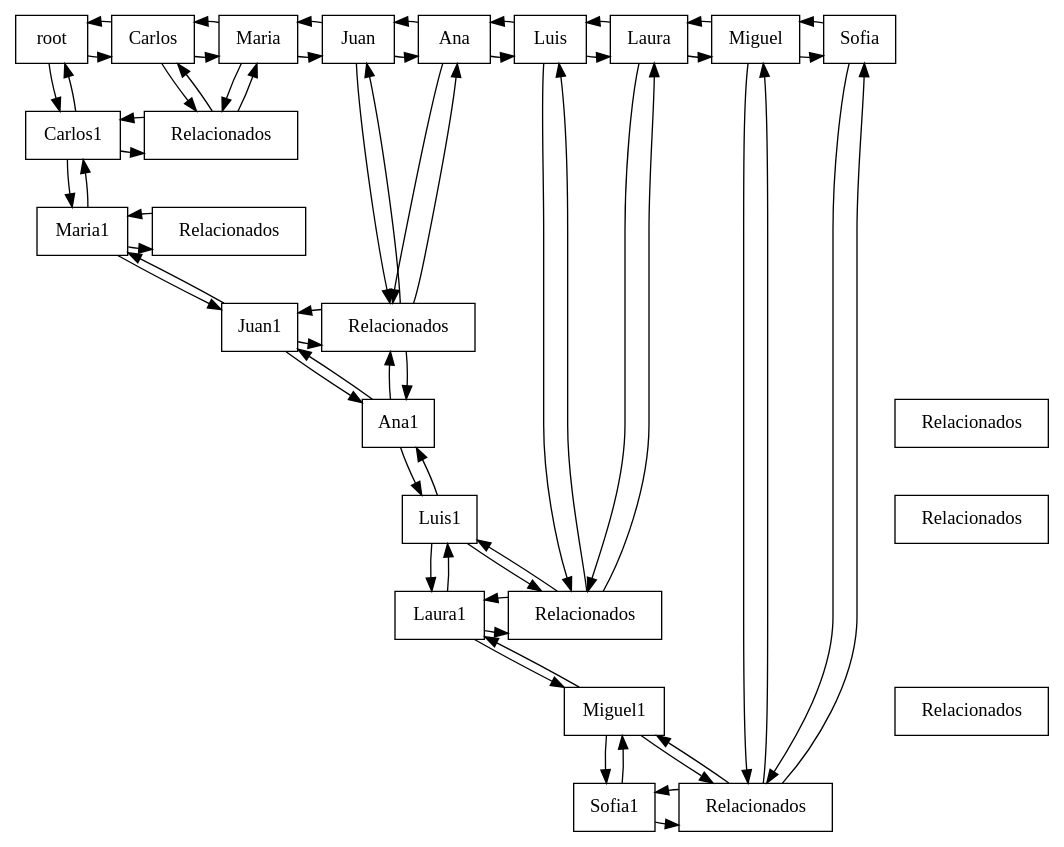
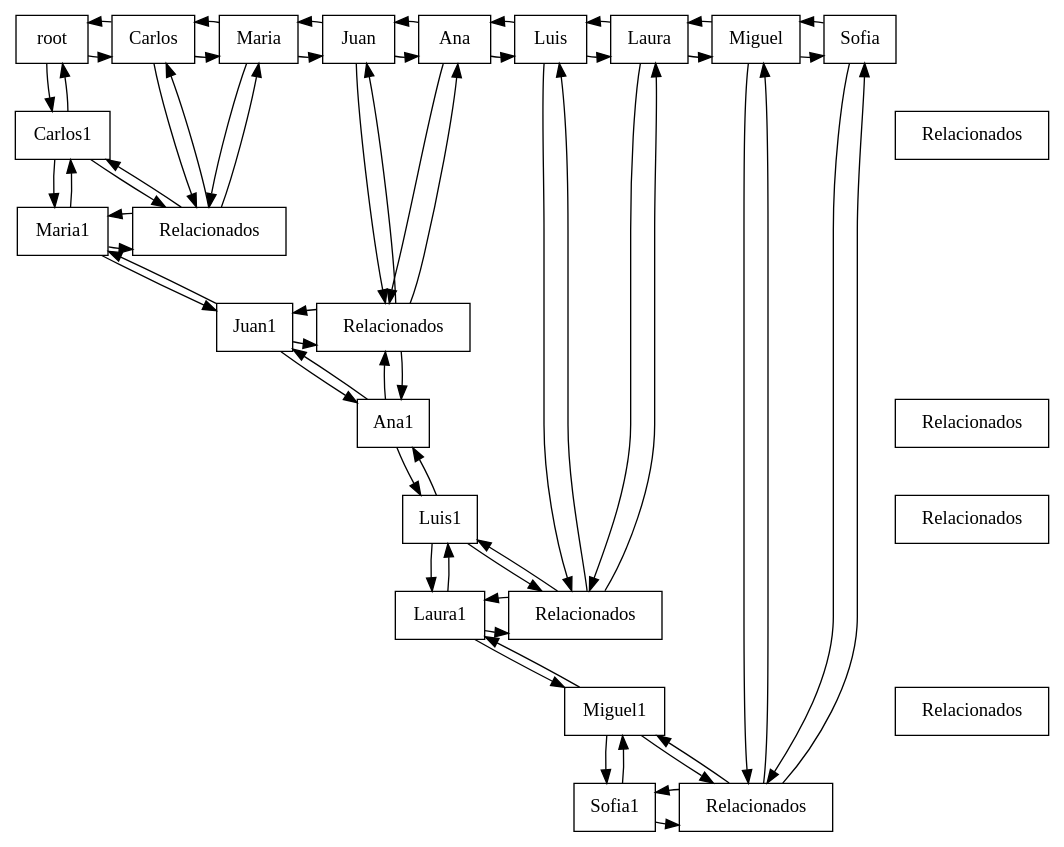
Before and after one commit to TeFxiu/-EDD-Proyecto_202206963: the diagram in Fase 1/cmake-build-debug/Matriz_de_relaciones.dot, drawn with Graphviz. The commit also changed 29 other files, not shown here.

```diff
--- a/Fase 1/cmake-build-debug/Matriz_de_relaciones.dot
+++ b/Fase 1/cmake-build-debug/Matriz_de_relaciones.dot
@@ -1,101 +1,101 @@
 digraph Relaciones{
 node[shape = "box"];
 "Nodoraiz"[label = "root", group ="0"];
 "Nodoraiz"->"NodoCarlos"
 "Nodoraiz"->"NodoCarlos"[dir = back];
 "Nodoraiz"->"NodoCarlos1"
 "Nodoraiz"->"NodoCarlos1"[dir = back];
 "NodoCarlos"[label = "Carlos", group ="0"];
 "NodoCarlos"->"NodoMaria"
 "NodoCarlos"->"NodoMaria"[dir = back];
 "NodoCarlos"->"NodoCarlos1,2,1"
 "NodoCarlos"->"NodoCarlos1,2,1"[dir = back];
 "NodoMaria"[label = "Maria", group ="0"];
 "NodoMaria"->"NodoJuan"
 "NodoMaria"->"NodoJuan"[dir = back];
 "NodoMaria"->"NodoCarlos1,2,1"
 "NodoMaria"->"NodoCarlos1,2,1"[dir = back];
 "NodoJuan"[label = "Juan", group ="0"];
 "NodoJuan"->"NodoAna"
 "NodoJuan"->"NodoAna"[dir = back];
 "NodoJuan"->"NodoJuan3,4,1"
 "NodoJuan"->"NodoJuan3,4,1"[dir = back];
 "NodoAna"[label = "Ana", group ="0"];
 "NodoAna"->"NodoLuis"
 "NodoAna"->"NodoLuis"[dir = back];
 "NodoAna"->"NodoJuan3,4,1"
 "NodoAna"->"NodoJuan3,4,1"[dir = back];
 "NodoLuis"[label = "Luis", group ="0"];
 "NodoLuis"->"NodoLaura"
 "NodoLuis"->"NodoLaura"[dir = back];
 "NodoLuis"->"NodoLuis5,6,1"
 "NodoLuis"->"NodoLuis5,6,1"[dir = back];
 "NodoLaura"[label = "Laura", group ="0"];
 "NodoLaura"->"NodoMiguel"
 "NodoLaura"->"NodoMiguel"[dir = back];
 "NodoLaura"->"NodoLuis5,6,1"
 "NodoLaura"->"NodoLuis5,6,1"[dir = back];
 "NodoMiguel"[label = "Miguel", group ="0"];
 "NodoMiguel"->"NodoSofia"
 "NodoMiguel"->"NodoSofia"[dir = back];
 "NodoMiguel"->"NodoMiguel9,10,1"
 "NodoMiguel"->"NodoMiguel9,10,1"[dir = back];
 "NodoSofia"[label = "Sofia", group ="0"];
 "NodoSofia"->"NodoMiguel9,10,1"
 "NodoSofia"->"NodoMiguel9,10,1"[dir = back];
 {rank = same;"Nodoraiz";"NodoCarlos";"NodoMaria";"NodoJuan";"NodoAna";"NodoLuis";"NodoLaura";"NodoMiguel";"NodoSofia"}
 "NodoCarlos1"[label = "Carlos1", group ="1"];
 "NodoCarlos1"->"NodoCarlos1,2,1"
 "NodoCarlos1"->"NodoCarlos1,2,1"[dir = back];
 "NodoCarlos1"->"NodoMaria1"
 "NodoCarlos1"->"NodoMaria1"[dir = back];
-"NodoCarlos1,2,1"[label = " Relacionados", group ="1"];
-{rank = same;"NodoCarlos1";"NodoCarlos1,2,1"}
+"NodoCarlos1,2,0"[label = " Relacionados", group ="1"];
+{rank = same;"NodoCarlos1";"NodoCarlos1,2,0"}
 "NodoMaria1"[label = "Maria1", group ="2"];
-"NodoMaria1"->"NodoCarlos1,2,0"
-"NodoMaria1"->"NodoCarlos1,2,0"[dir = back];
+"NodoMaria1"->"NodoCarlos1,2,1"
+"NodoMaria1"->"NodoCarlos1,2,1"[dir = back];
 "NodoMaria1"->"NodoJuan1"
 "NodoMaria1"->"NodoJuan1"[dir = back];
-"NodoCarlos1,2,0"[label = " Relacionados", group ="2"];
-{rank = same;"NodoMaria1";"NodoCarlos1,2,0"}
+"NodoCarlos1,2,1"[label = " Relacionados", group ="2"];
+{rank = same;"NodoMaria1";"NodoCarlos1,2,1"}
 "NodoJuan1"[label = "Juan1", group ="3"];
 "NodoJuan1"->"NodoJuan3,4,1"
 "NodoJuan1"->"NodoJuan3,4,1"[dir = back];
 "NodoJuan1"->"NodoAna1"
 "NodoJuan1"->"NodoAna1"[dir = back];
 "NodoJuan3,4,1"[label = " Relacionados", group ="3"];
 {rank = same;"NodoJuan1";"NodoJuan3,4,1"}
 "NodoAna1"[label = "Ana1", group ="4"];
 "NodoAna1"->"NodoJuan3,4,1"
 "NodoAna1"->"NodoJuan3,4,1"[dir = back];
 "NodoAna1"->"NodoLuis1"
 "NodoAna1"->"NodoLuis1"[dir = back];
 "NodoJuan3,4,0"[label = " Relacionados", group ="4"];
 {rank = same;"NodoAna1";"NodoJuan3,4,0"}
 "NodoLuis1"[label = "Luis1", group ="5"];
 "NodoLuis1"->"NodoLuis5,6,1"
 "NodoLuis1"->"NodoLuis5,6,1"[dir = back];
 "NodoLuis1"->"NodoLaura1"
 "NodoLuis1"->"NodoLaura1"[dir = back];
 "NodoLuis5,6,0"[label = " Relacionados", group ="5"];
 {rank = same;"NodoLuis1";"NodoLuis5,6,0"}
 "NodoLaura1"[label = "Laura1", group ="6"];
 "NodoLaura1"->"NodoLuis5,6,1"
 "NodoLaura1"->"NodoLuis5,6,1"[dir = back];
 "NodoLaura1"->"NodoMiguel1"
 "NodoLaura1"->"NodoMiguel1"[dir = back];
 "NodoLuis5,6,1"[label = " Relacionados", group ="6"];
 {rank = same;"NodoLaura1";"NodoLuis5,6,1"}
 "NodoMiguel1"[label = "Miguel1", group ="7"];
 "NodoMiguel1"->"NodoMiguel9,10,1"
 "NodoMiguel1"->"NodoMiguel9,10,1"[dir = back];
 "NodoMiguel1"->"NodoSofia1"
 "NodoMiguel1"->"NodoSofia1"[dir = back];
 "NodoMiguel9,10,0"[label = " Relacionados", group ="7"];
 {rank = same;"NodoMiguel1";"NodoMiguel9,10,0"}
 "NodoSofia1"[label = "Sofia1", group ="8"];
 "NodoSofia1"->"NodoMiguel9,10,1"
 "NodoSofia1"->"NodoMiguel9,10,1"[dir = back];
 "NodoMiguel9,10,1"[label = " Relacionados", group ="8"];
 {rank = same;"NodoSofia1";"NodoMiguel9,10,1"}
 }
```
